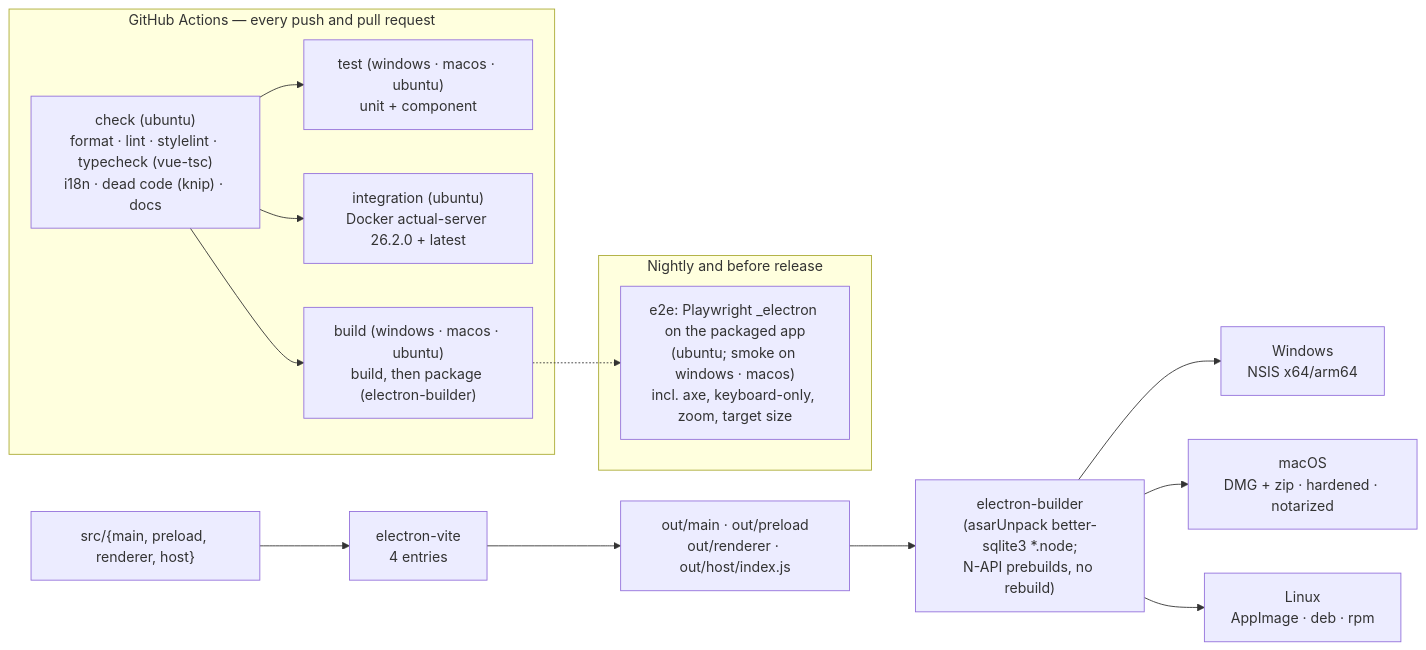
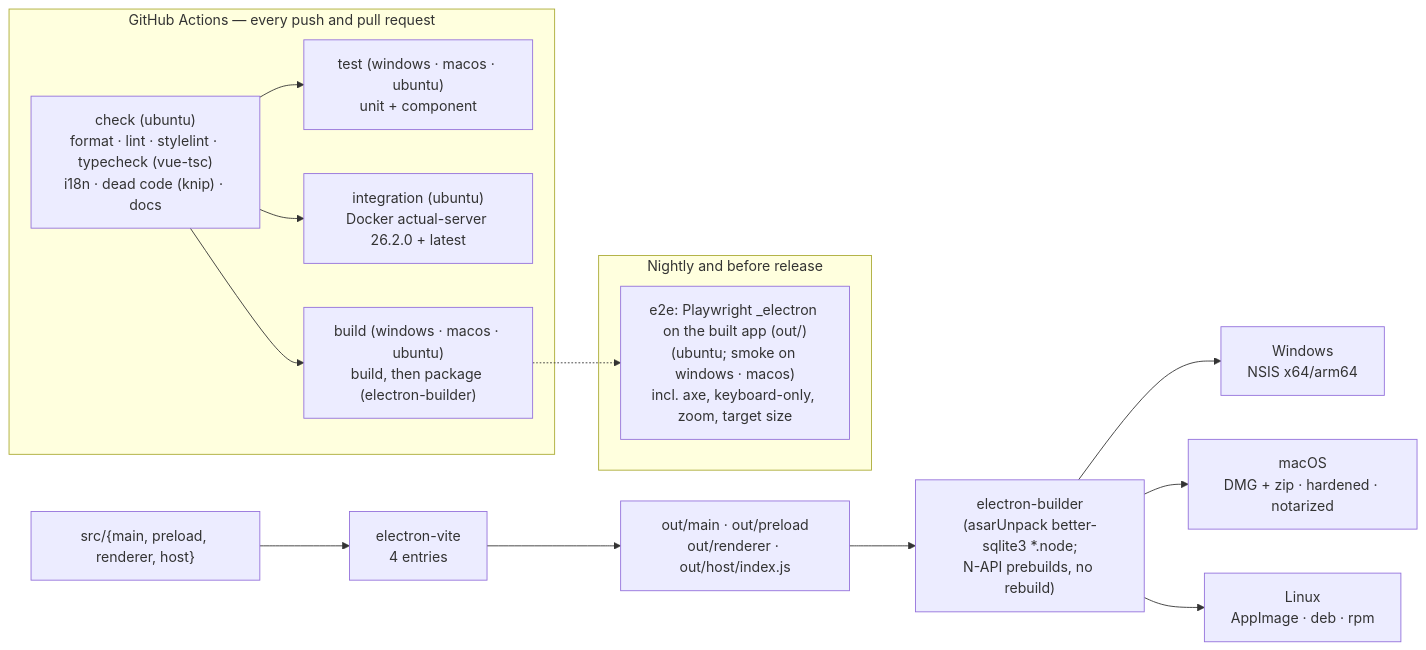
Before and after one commit to thomasjbarrett82/actuality: diagram 11 of 12 in docs/architecture.md, drawn with Mermaid. The commit also changed other lines of this file and 31 other files, not shown here.

````diff
--- a/docs/architecture.md
+++ b/docs/architecture.md
@@ -457,20 +456,20 @@
 ```mermaid
 flowchart LR
     src["src/{main, preload, renderer, host}"] --> ev["electron-vite<br/>4 entries"]
     ev --> outdir["out/main · out/preload<br/>out/renderer · out/host/index.js"]
     outdir --> eb["electron-builder<br/>(asarUnpack better-sqlite3 *.node;<br/>N-API prebuilds, no rebuild)"]
     eb --> win["Windows<br/>NSIS x64/arm64"]
     eb --> mac["macOS<br/>DMG + zip · hardened · notarized"]
     eb --> lin["Linux<br/>AppImage · deb · rpm"]
 
     subgraph ci["GitHub Actions — every push and pull request"]
         l["check (ubuntu)<br/>format · lint · stylelint · typecheck (vue-tsc)<br/>i18n · dead code (knip) · docs"]
         l --> u["test (windows · macos · ubuntu)<br/>unit + component"]
         l --> it["integration (ubuntu)<br/>Docker actual-server 26.2.0 + latest"]
         l --> pkg["build (windows · macos · ubuntu)<br/>build, then package (electron-builder)"]
     end
     subgraph nightly["Nightly and before release"]
-        e2e["e2e: Playwright _electron on the packaged app<br/>(ubuntu; smoke on windows · macos)<br/>incl. axe, keyboard-only, zoom, target size"]
+        e2e["e2e: Playwright _electron on the built app (out/)<br/>(ubuntu; smoke on windows · macos)<br/>incl. axe, keyboard-only, zoom, target size"]
     end
     pkg -.-> e2e
 ```
````
